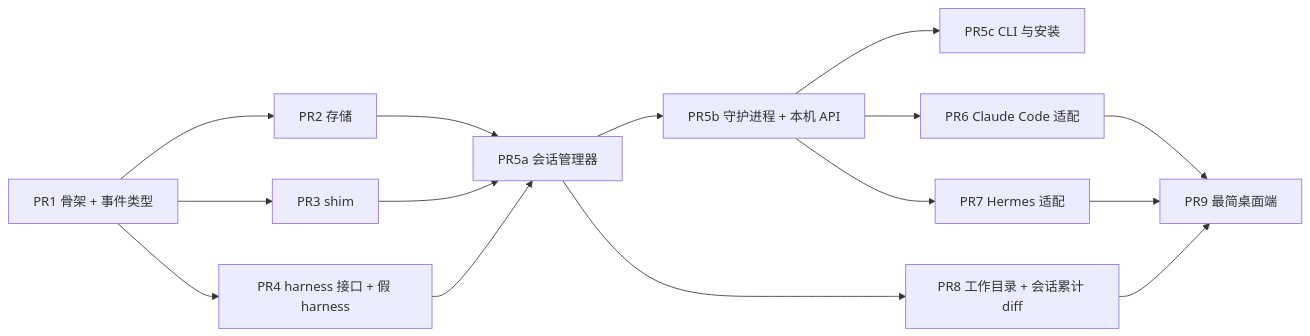
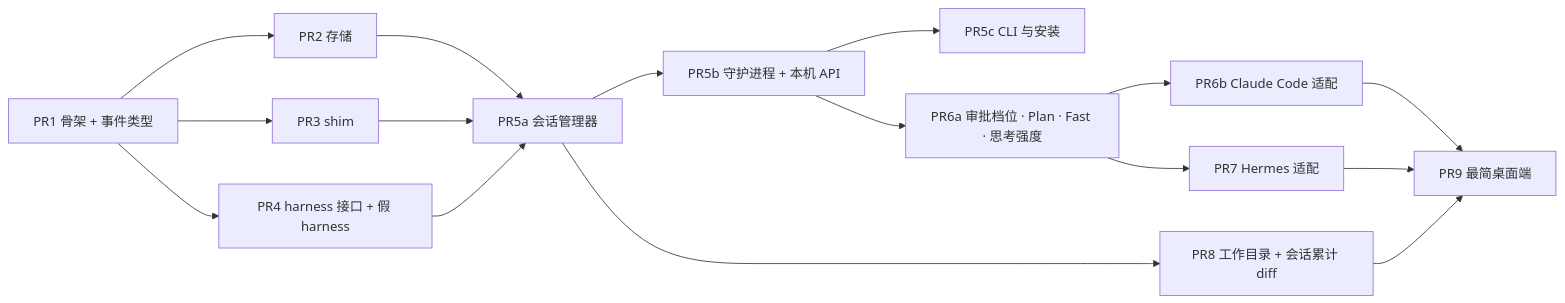
Before and after one commit to yangflow/hoplet: the diagram in docs/plans/m1-overview.md, drawn with Mermaid. The commit also changed other lines of this file and 27 other files, not shown here.

First line of the commit message:
feat(session): add auto review, plan and fast modes and effort (#12)

````diff
--- a/docs/plans/m1-overview.md
+++ b/docs/plans/m1-overview.md
@@ -25,17 +25,18 @@
 ```mermaid
 flowchart LR
     P1["PR1 骨架 + 事件类型"] --> P2["PR2 存储"]
     P1 --> P3["PR3 shim"]
     P1 --> P4["PR4 harness 接口 + 假 harness"]
     P2 --> P5["PR5a 会话管理器"]
     P3 --> P5
     P4 --> P5
     P5 --> P5b["PR5b 守护进程 + 本机 API"]
     P5b --> P5c["PR5c CLI 与安装"]
-    P5b --> P6["PR6 Claude Code 适配"]
-    P5b --> P7["PR7 Hermes 适配"]
+    P5b --> P6a["PR6a 审批档位 · Plan · Fast · 思考强度"]
+    P6a --> P6["PR6b Claude Code 适配"]
+    P6a --> P7["PR7 Hermes 适配"]
     P5 --> P8["PR8 工作目录 + 会话累计 diff"]
     P6 --> P9["PR9 最简桌面端"]
     P7 --> P9
     P8 --> P9
 ```
````
